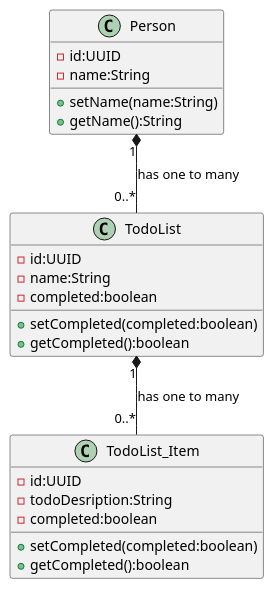
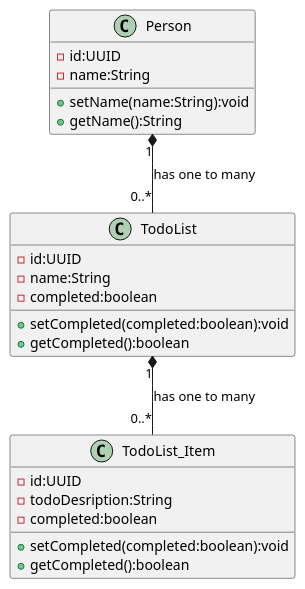
Before and after one commit to SethOberg/todolist-backend: the diagram in diagrams/todolist.puml, drawn with PlantUML.

Commit message:
Feat: add UML class diagram

```diff
--- a/diagrams/todolist.puml
+++ b/diagrams/todolist.puml
@@ -1,30 +1,30 @@
 @startuml
 
 class TodoList {
 - id:UUID
 - name:String
 - completed:boolean
-+ setCompleted(completed:boolean)
++ setCompleted(completed:boolean):void
 + getCompleted():boolean
 }
 
 
 class TodoList_Item {
 - id:UUID
 - todoDesription:String
 - completed:boolean
-+ setCompleted(completed:boolean)
++ setCompleted(completed:boolean):void
 + getCompleted():boolean
 }
 
 class Person {
 - id:UUID
 - name:String
-+ setName(name:String)
++ setName(name:String):void
 + getName():String
 }
 
 Person "1" *-- "0..*" TodoList : has one to many
 TodoList "1" *-- "0..*" TodoList_Item : has one to many
 
 @enduml
```
